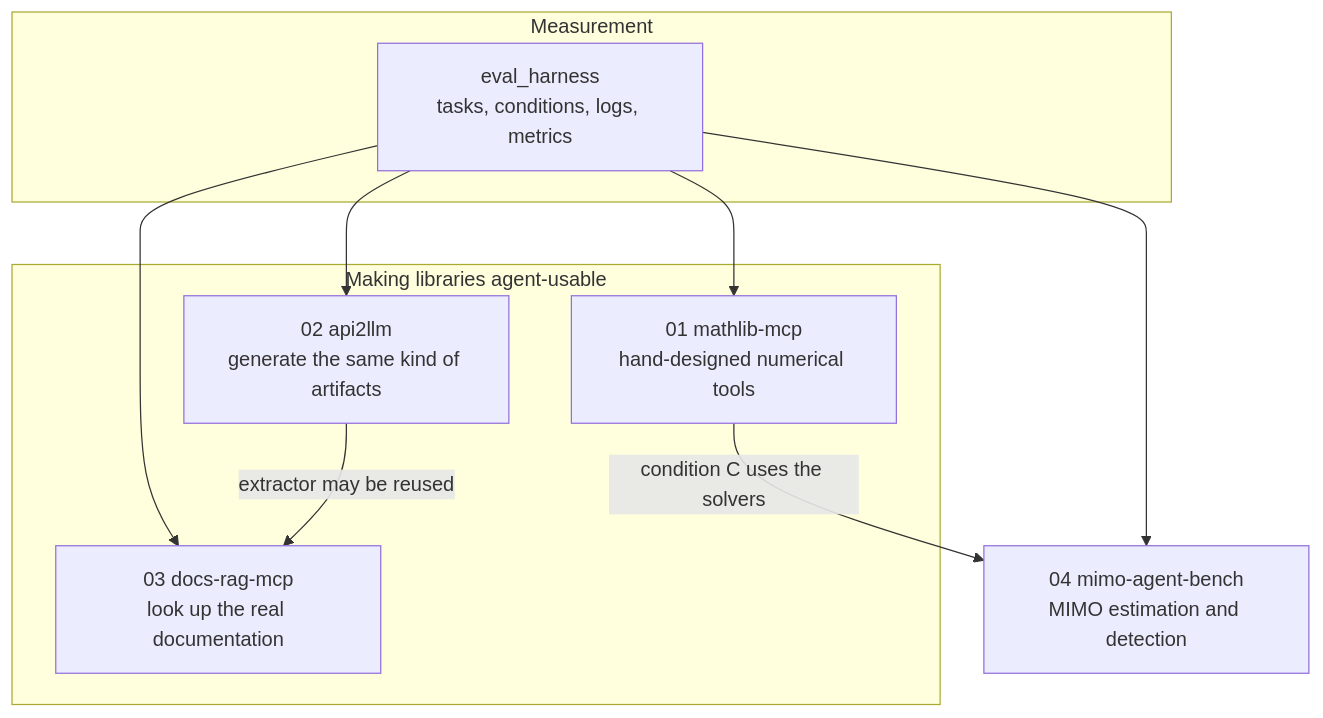
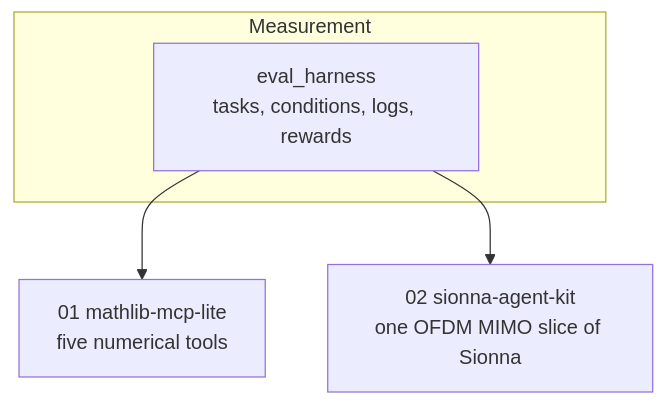
One commit to ag-68/AgenticMathLib changed the diagram in docs/architecture.md. Above: the diagram before and after it, drawn with Mermaid. The commit also changed other lines of this file and 43 other files, not shown here.

````diff
--- a/docs/architecture.md
+++ b/docs/architecture.md
@@ -5,18 +5,10 @@
 ```mermaid
 flowchart TB
   subgraph measure [Measurement]
-    harness["eval_harness<br/>tasks, conditions, logs, metrics"]
+    harness["eval_harness<br/>tasks, conditions, logs, rewards"]
   end
-  subgraph make [Making libraries agent-usable]
-    p01["01 mathlib-mcp<br/>hand-designed numerical tools"]
-    p02["02 api2llm<br/>generate the same kind of artifacts"]
-    p03["03 docs-rag-mcp<br/>look up the real documentation"]
-  end
-  p04["04 mimo-agent-bench<br/>MIMO estimation and detection"]
+  p01["01 mathlib-mcp-lite<br/>five numerical tools"]
+  p02["02 sionna-agent-kit<br/>one OFDM MIMO slice of Sionna"]
   harness --> p01
   harness --> p02
-  harness --> p03
-  harness --> p04
-  p01 -->|"condition C uses the solvers"| p04
-  p02 -->|"extractor may be reused"| p03
 ```
````
